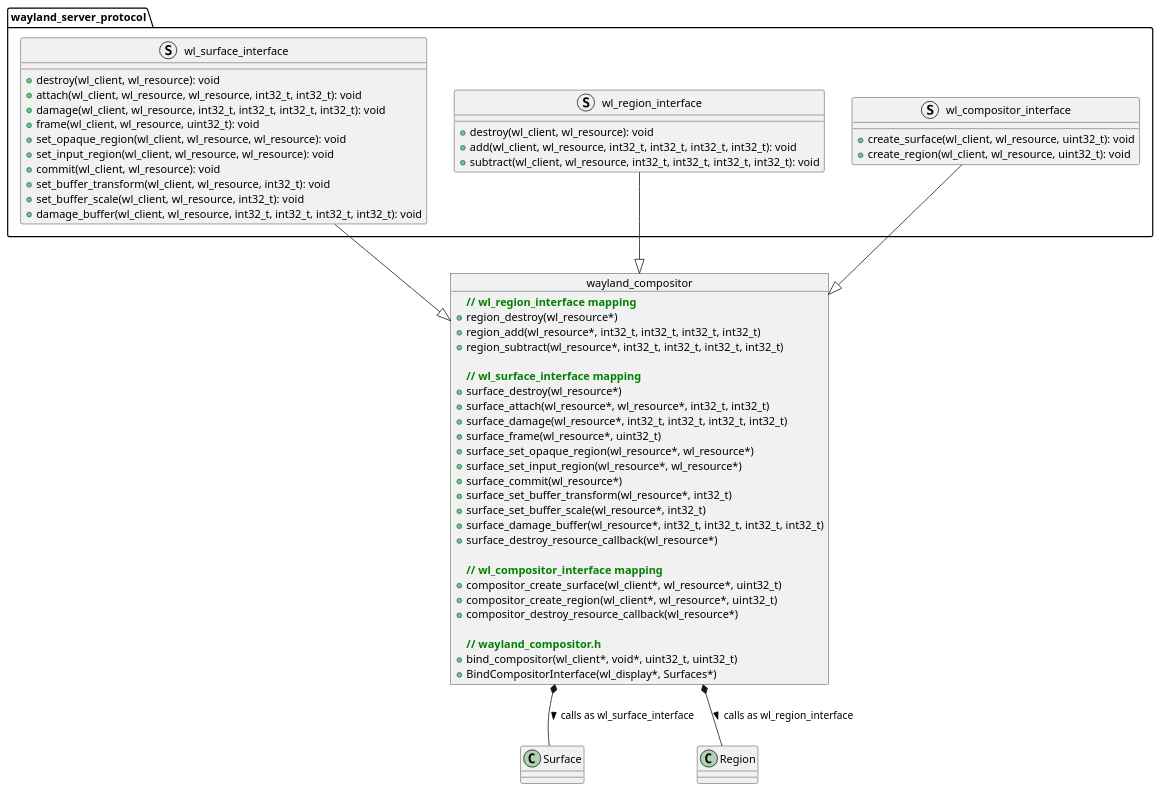
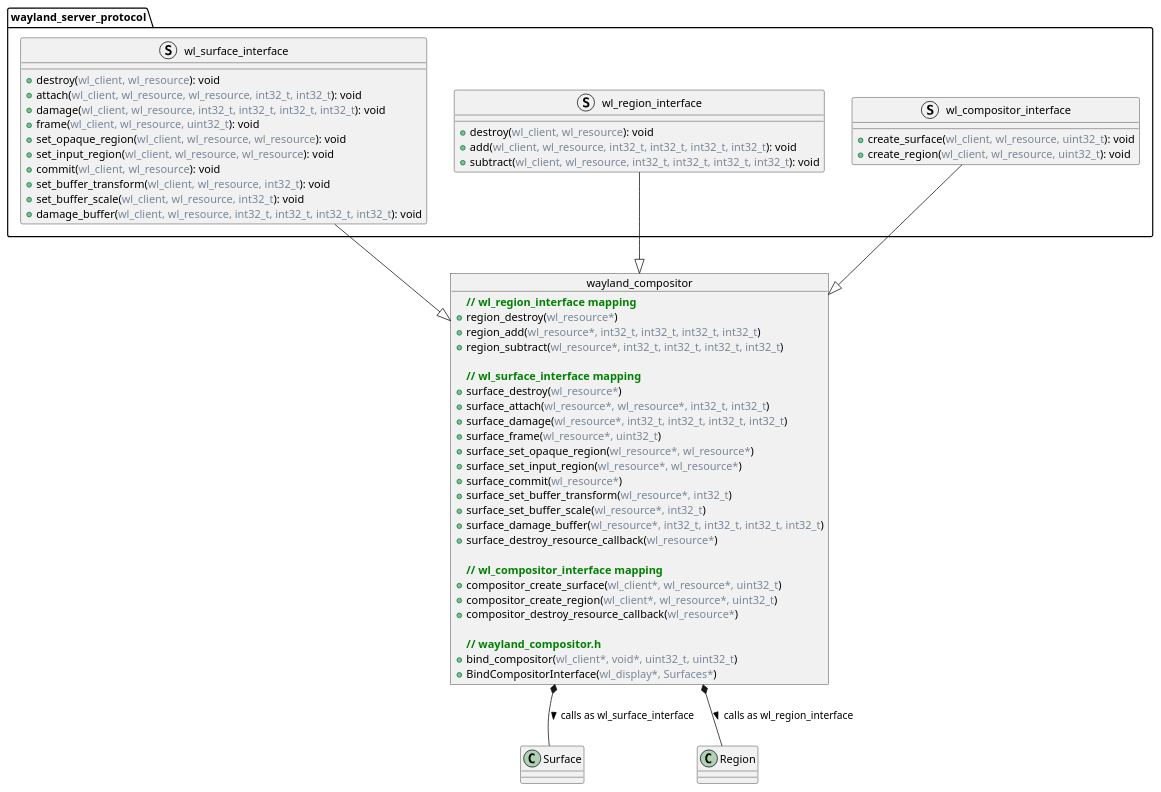
Before and after one commit to dmitvitalii/cf_diagrams: the diagram in compositor.puml, drawn with PlantUML. The commit also changed 3 other files, not shown here.

```diff
--- a/compositor.puml
+++ b/compositor.puml
@@ -1,68 +1,68 @@
 @startuml
 
 package wayland_server_protocol {
 
 struct wl_surface_interface {
-    + destroy(wl_client, wl_resource): void
-    + attach(wl_client, wl_resource, wl_resource, int32_t, int32_t): void
-    + damage(wl_client, wl_resource, int32_t, int32_t, int32_t, int32_t): void
-    + frame(wl_client, wl_resource, uint32_t): void
-    + set_opaque_region(wl_client, wl_resource, wl_resource): void
-    + set_input_region(wl_client, wl_resource, wl_resource): void
-    + commit(wl_client, wl_resource): void
-    + set_buffer_transform(wl_client, wl_resource, int32_t): void
-    + set_buffer_scale(wl_client, wl_resource, int32_t): void
-    + damage_buffer(wl_client, wl_resource, int32_t, int32_t, int32_t, int32_t): void
+    + destroy(<color:LightSlateGray>wl_client, wl_resource</color>): void
+    + attach(<color:LightSlateGray>wl_client, wl_resource, wl_resource, int32_t, int32_t</color>): void
+    + damage(<color:LightSlateGray>wl_client, wl_resource, int32_t, int32_t, int32_t, int32_t</color>): void
+    + frame(<color:LightSlateGray>wl_client, wl_resource, uint32_t</color>): void
+    + set_opaque_region(<color:LightSlateGray>wl_client, wl_resource, wl_resource</color>): void
+    + set_input_region(<color:LightSlateGray>wl_client, wl_resource, wl_resource</color>): void
+    + commit(<color:LightSlateGray>wl_client, wl_resource</color>): void
+    + set_buffer_transform(<color:LightSlateGray>wl_client, wl_resource, int32_t</color>): void
+    + set_buffer_scale(<color:LightSlateGray>wl_client, wl_resource, int32_t</color>): void
+    + damage_buffer(<color:LightSlateGray>wl_client, wl_resource, int32_t, int32_t, int32_t, int32_t</color>): void
 }
 
 struct wl_region_interface {
-    + destroy(wl_client, wl_resource): void
-    + add(wl_client, wl_resource, int32_t, int32_t, int32_t, int32_t): void
-    + subtract(wl_client, wl_resource, int32_t, int32_t, int32_t, int32_t): void
+    + destroy(<color:LightSlateGray>wl_client, wl_resource</color>): void
+    + add(<color:LightSlateGray>wl_client, wl_resource, int32_t, int32_t, int32_t, int32_t</color>): void
+    + subtract(<color:LightSlateGray>wl_client, wl_resource, int32_t, int32_t, int32_t, int32_t</color>): void
 }
 
 struct wl_compositor_interface {
-    + create_surface(wl_client, wl_resource, uint32_t): void
-    + create_region(wl_client, wl_resource, uint32_t): void
+    + create_surface(<color:LightSlateGray>wl_client, wl_resource, uint32_t</color>): void
+    + create_region(<color:LightSlateGray>wl_client, wl_resource, uint32_t</color>): void
 }
 
 }
 
 object wayland_compositor {
     <b><color:Green>// wl_region_interface mapping
-    +region_destroy(wl_resource*)
-    +region_add(wl_resource*, int32_t, int32_t, int32_t, int32_t)
-    +region_subtract(wl_resource*, int32_t, int32_t, int32_t, int32_t)
+    +region_destroy(<color:LightSlateGray>wl_resource*</color>)
+    +region_add(<color:LightSlateGray>wl_resource*, int32_t, int32_t, int32_t, int32_t</color>)
+    +region_subtract(<color:LightSlateGray>wl_resource*, int32_t, int32_t, int32_t, int32_t</color>)
 
     \n<b><color:Green>// wl_surface_interface mapping
-    +surface_destroy(wl_resource*)
-    +surface_attach(wl_resource*, wl_resource*, int32_t, int32_t)
-    +surface_damage(wl_resource*, int32_t, int32_t, int32_t, int32_t)
-    +surface_frame(wl_resource*, uint32_t)
-    +surface_set_opaque_region(wl_resource*, wl_resource*)
-    +surface_set_input_region(wl_resource*, wl_resource*)
-    +surface_commit(wl_resource*)
-    +surface_set_buffer_transform(wl_resource*, int32_t)
-    +surface_set_buffer_scale(wl_resource*, int32_t)
-    +surface_damage_buffer(wl_resource*, int32_t, int32_t, int32_t, int32_t)
-    +surface_destroy_resource_callback(wl_resource*)
+    +surface_destroy(<color:LightSlateGray>wl_resource*</color>)
+    +surface_attach(<color:LightSlateGray>wl_resource*, wl_resource*, int32_t, int32_t</color>)
+    +surface_damage(<color:LightSlateGray>wl_resource*, int32_t, int32_t, int32_t, int32_t</color>)
+    +surface_frame(<color:LightSlateGray>wl_resource*, uint32_t</color>)
+    +surface_set_opaque_region(<color:LightSlateGray>wl_resource*, wl_resource*</color>)
+    +surface_set_input_region(<color:LightSlateGray>wl_resource*, wl_resource*</color>)
+    +surface_commit(<color:LightSlateGray>wl_resource*</color>)
+    +surface_set_buffer_transform(<color:LightSlateGray>wl_resource*, int32_t</color>)
+    +surface_set_buffer_scale(<color:LightSlateGray>wl_resource*, int32_t</color>)
+    +surface_damage_buffer(<color:LightSlateGray>wl_resource*, int32_t, int32_t, int32_t, int32_t</color>)
+    +surface_destroy_resource_callback(<color:LightSlateGray>wl_resource*</color>)
 
     \n<b><color:Green>// wl_compositor_interface mapping
-    +compositor_create_surface(wl_client*, wl_resource*, uint32_t)
-    +compositor_create_region(wl_client*, wl_resource*, uint32_t)
-    +compositor_destroy_resource_callback(wl_resource*)
+    +compositor_create_surface(<color:LightSlateGray>wl_client*, wl_resource*, uint32_t</color>)
+    +compositor_create_region(<color:LightSlateGray>wl_client*, wl_resource*, uint32_t</color>)
+    +compositor_destroy_resource_callback(<color:LightSlateGray>wl_resource*</color>)
 
     \n<b><color:Green>// wayland_compositor.h
-    +bind_compositor(wl_client*, void*, uint32_t, uint32_t)
-    +BindCompositorInterface(wl_display*, Surfaces*)
+    +bind_compositor(<color:LightSlateGray>wl_client*, void*, uint32_t, uint32_t</color>)
+    +BindCompositorInterface(<color:LightSlateGray>wl_display*, Surfaces*</color>)
 
 }
 
 wl_compositor_interface --|> wayland_compositor
 wl_surface_interface --|> wayland_compositor
 wl_region_interface --|> wayland_compositor
 
 wayland_compositor *-- Surface : calls as wl_surface_interface >
 wayland_compositor *-- Region: calls as wl_region_interface >
 
 @enduml
```
